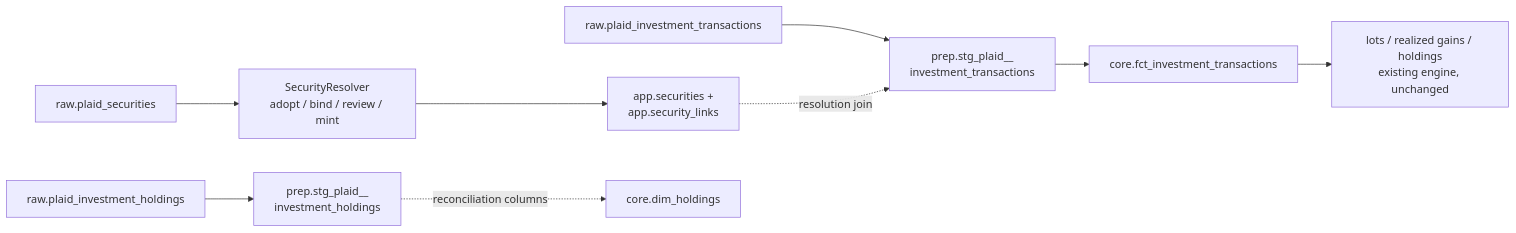
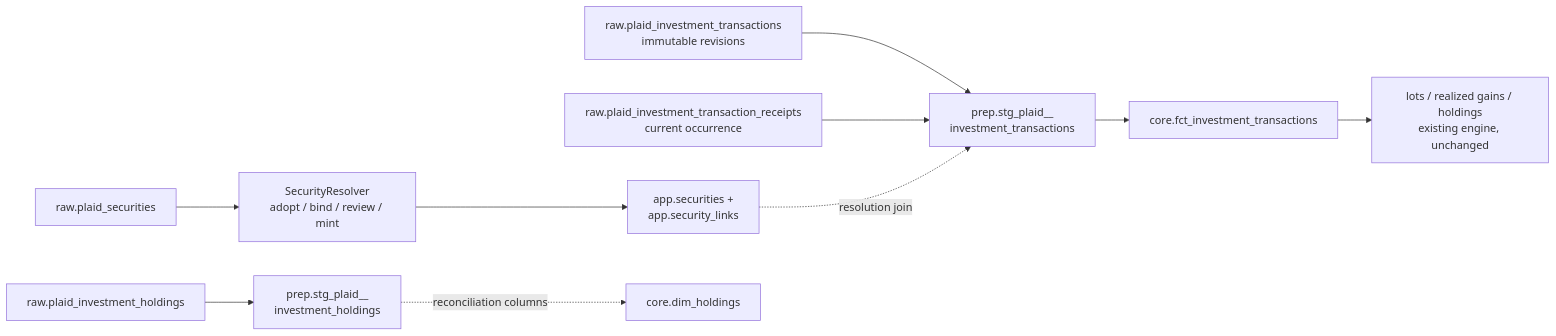
One commit to bsaffel/moneybin changed the diagram in docs/specs/sync-plaid-investments.md. Above: the diagram before and after it, drawn with Mermaid. The commit also changed other lines of this file and 2 other files, not shown here.

Commit message:
docs: define investment occurrence and field precedence

````diff
--- a/docs/specs/sync-plaid-investments.md
+++ b/docs/specs/sync-plaid-investments.md
@@ -1093,11 +1124,12 @@
 ```mermaid
 flowchart LR
     A[raw.plaid_securities] --> R[SecurityResolver<br/>adopt / bind / review / mint]
     R --> C[app.securities +<br/>app.security_links]
-    B[raw.plaid_investment_transactions] --> S[prep.stg_plaid__<br/>investment_transactions]
+    B[raw.plaid_investment_transactions<br/>immutable revisions] --> S[prep.stg_plaid__<br/>investment_transactions]
+    BR[raw.plaid_investment_transaction_receipts<br/>current occurrence] --> S
     C -.resolution join.-> S
     S --> F[core.fct_investment_transactions]
     F --> L[lots / realized gains / holdings<br/>existing engine, unchanged]
     H[raw.plaid_investment_holdings] --> HS[prep.stg_plaid__<br/>investment_holdings]
     HS -.reconciliation columns.-> D[core.dim_holdings]
 ```
````
